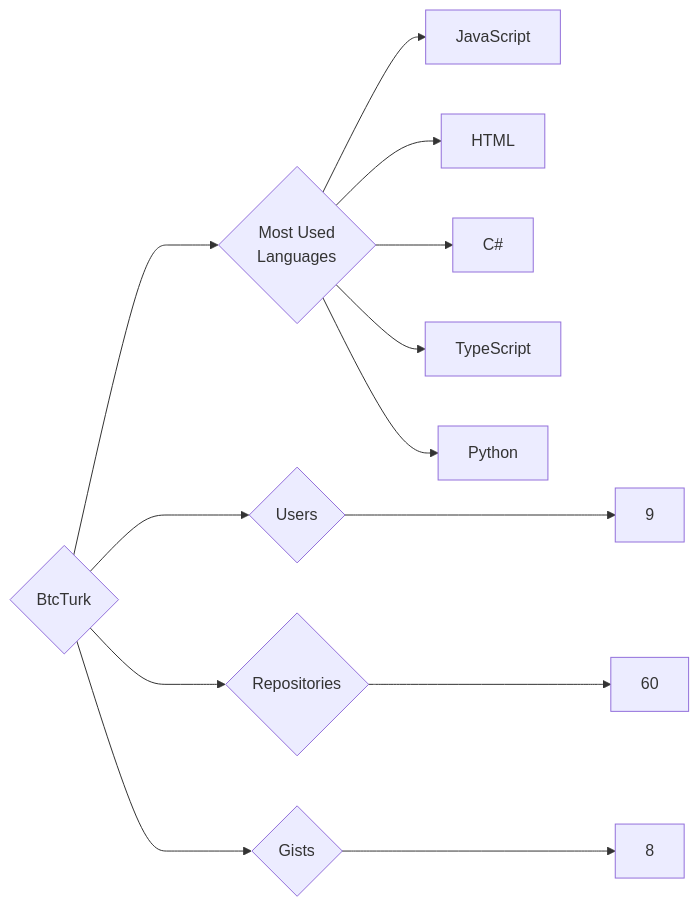
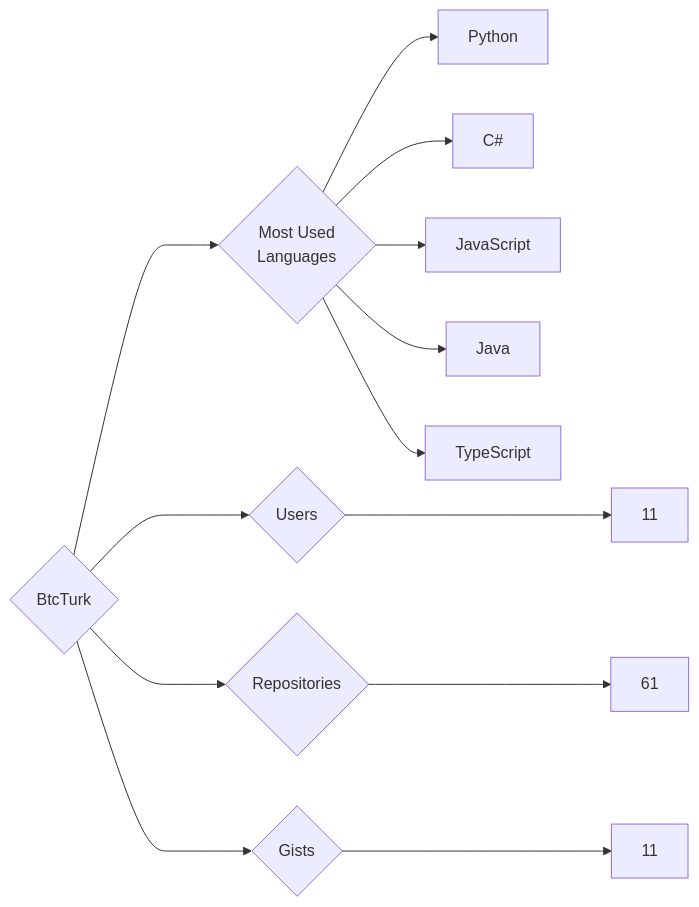
The diagram in targets/BtcTurk/README.md (trickest/insiders), drawn with Mermaid before and after one commit. The commit also changed 1195 other files, not shown here.

````diff
--- a/targets/BtcTurk/README.md
+++ b/targets/BtcTurk/README.md
@@ -3,13 +3,13 @@
 ```mermaid
 graph LR
 COMPANY_NAME{BtcTurk}
-COMPANY_NAME ---> U{Users} ---> UN[9]
-COMPANY_NAME ---> R{Repositories} ---> RN[60]
-COMPANY_NAME ---> G{Gists} ---> GN[8]
+COMPANY_NAME ---> U{Users} ---> UN[11]
+COMPANY_NAME ---> R{Repositories} ---> RN[61]
+COMPANY_NAME ---> G{Gists} ---> GN[11]
 COMPANY_NAME ---> ML{Most Used<br>Languages}
+ML --> Python[Python]
+ML --> C#[C#]
 ML --> JavaScript[JavaScript]
-ML --> HTML[HTML]
-ML --> C#[C#]
+ML --> Java[Java]
 ML --> TypeScript[TypeScript]
-ML --> Python[Python]
 ```
````
